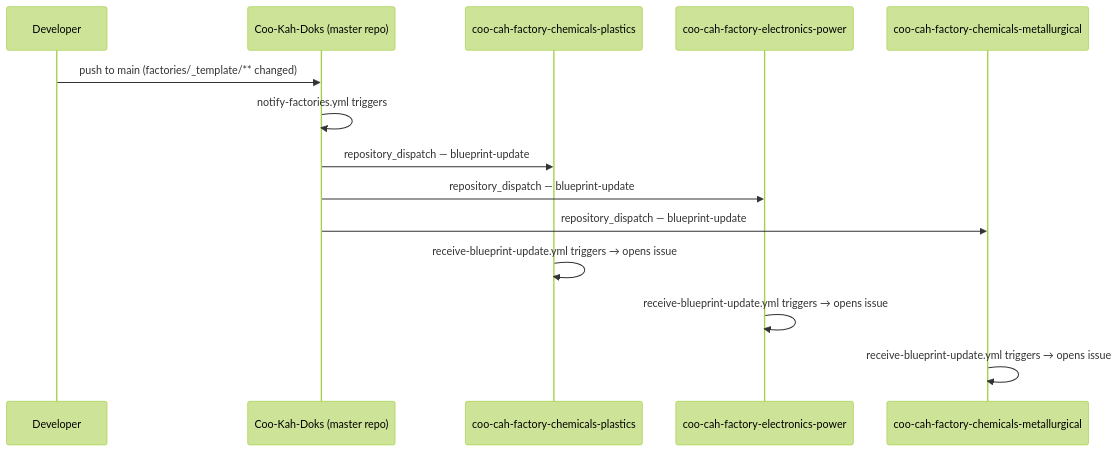
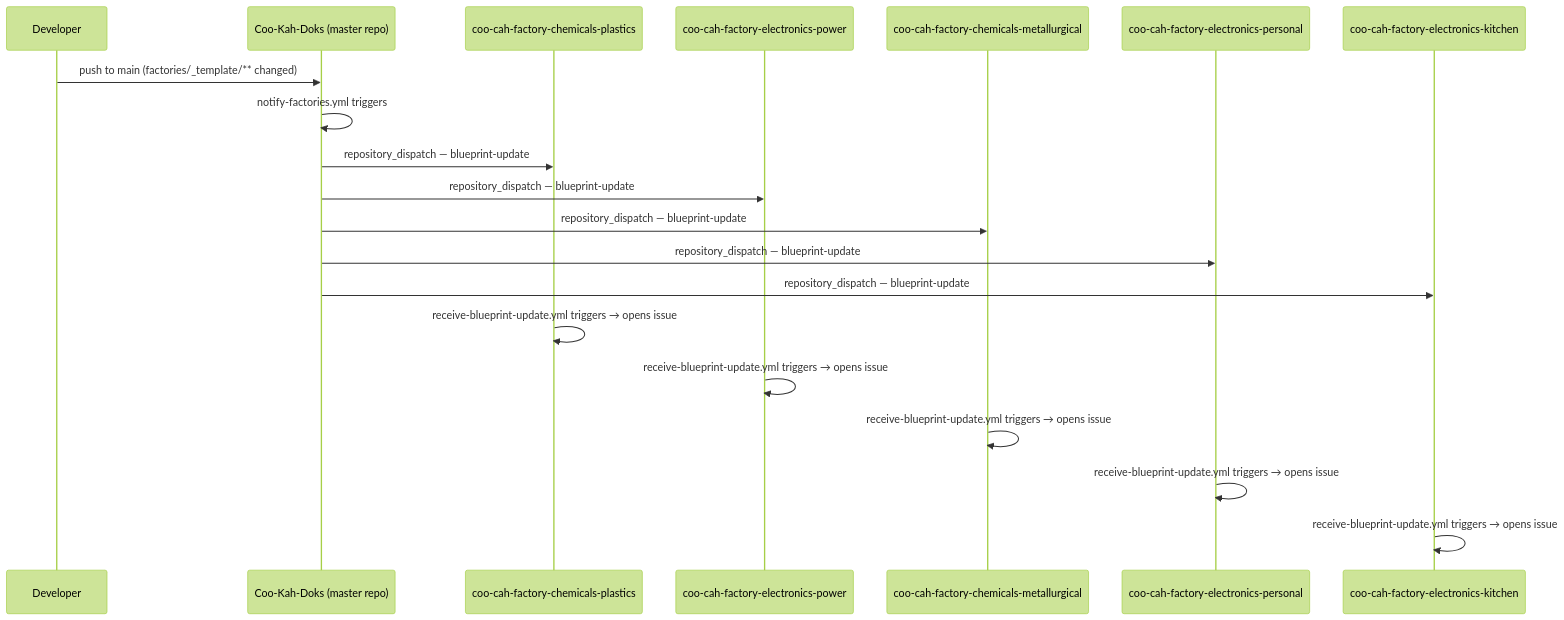
The diagram in docs/orchestration/cross-repo-workflows.md (oumar-code/Coo-Kah-Doks), drawn with Mermaid (forest theme) before and after one commit. The commit also changed other lines of this file and 4 other files, not shown here.

````diff
--- a/docs/orchestration/cross-repo-workflows.md
+++ b/docs/orchestration/cross-repo-workflows.md
@@ -11,17 +11,23 @@
 ```mermaid
 sequenceDiagram
     participant Dev as Developer
     participant Master as Coo-Kah-Doks (master repo)
     participant P as coo-cah-factory-chemicals-plastics
     participant E as coo-cah-factory-electronics-power
     participant M as coo-cah-factory-chemicals-metallurgical
+    participant PE as coo-cah-factory-electronics-personal
+    participant KE as coo-cah-factory-electronics-kitchen
 
     Dev->>Master: push to main (factories/_template/** changed)
     Master->>Master: notify-factories.yml triggers
     Master->>P: repository_dispatch — blueprint-update
     Master->>E: repository_dispatch — blueprint-update
     Master->>M: repository_dispatch — blueprint-update
+    Master->>PE: repository_dispatch — blueprint-update
+    Master->>KE: repository_dispatch — blueprint-update
     P->>P: receive-blueprint-update.yml triggers → opens issue
     E->>E: receive-blueprint-update.yml triggers → opens issue
     M->>M: receive-blueprint-update.yml triggers → opens issue
+    PE->>PE: receive-blueprint-update.yml triggers → opens issue
+    KE->>KE: receive-blueprint-update.yml triggers → opens issue
 ```
````
